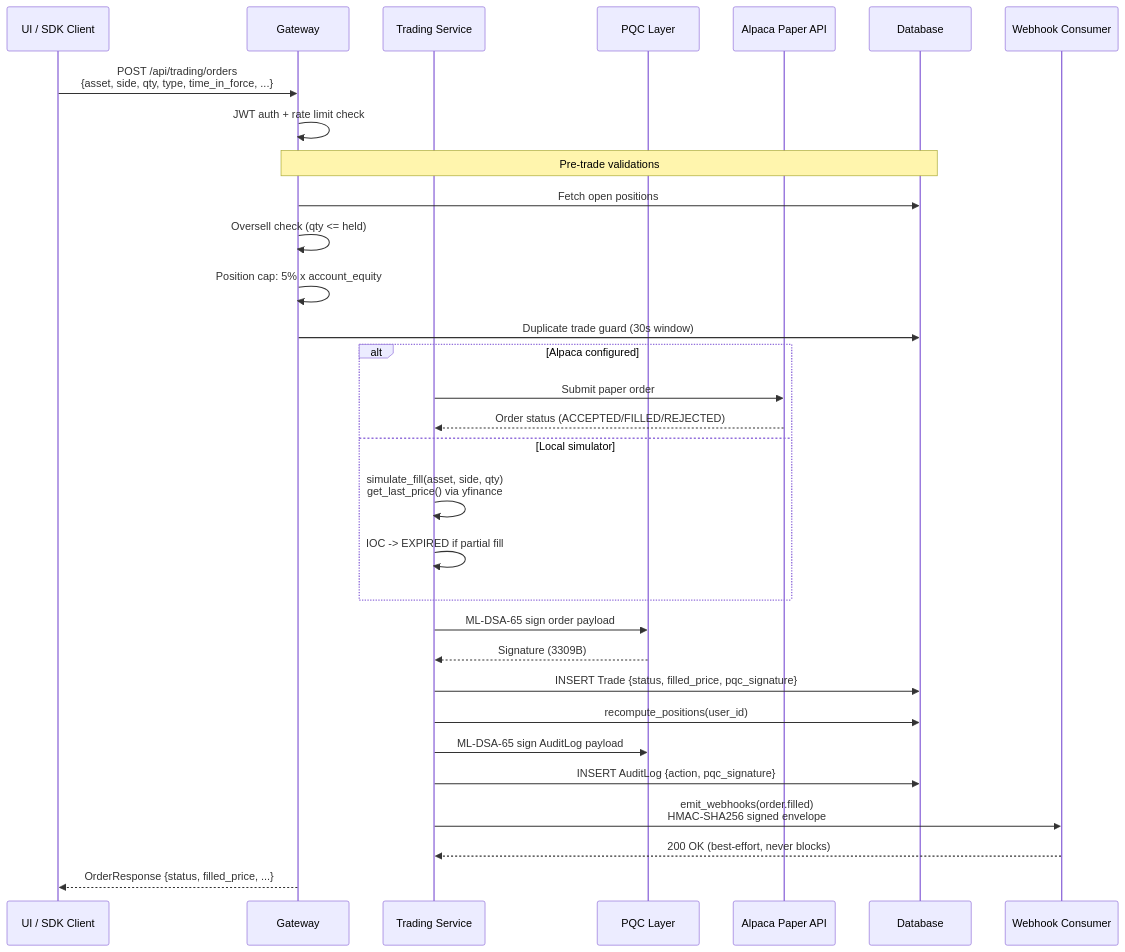
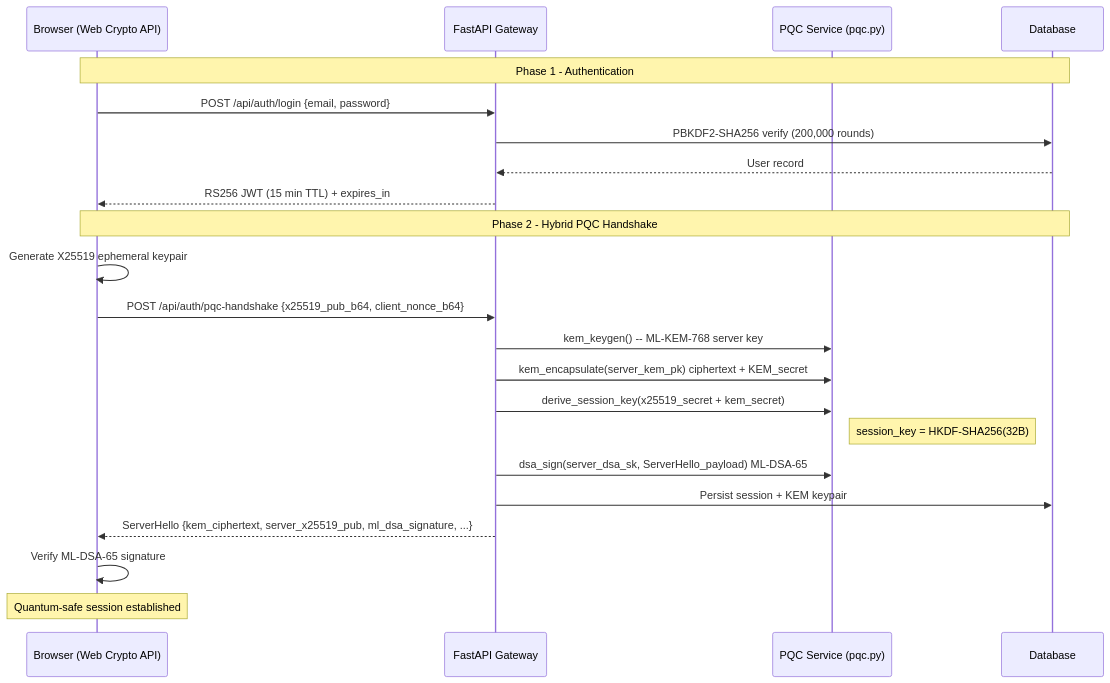
The third of 5 diagrams in README.md (BugHunterX2101/quantumsentinel-web), drawn with Mermaid before and after one commit. The commit also changed other lines of this file, not shown here.

````diff
--- a/README.md
+++ b/README.md
@@ -177,40 +188,26 @@
 ```mermaid
 sequenceDiagram
-    participant UI as UI / SDK Client
-    participant GW as Gateway
-    participant TS as Trading Service
-    participant PQC as PQC Layer
-    participant ALP as Alpaca Paper API
+    participant BR as Browser (Web Crypto API)
+    participant GW as FastAPI Gateway
+    participant PQC as PQC Service (pqc.py)
     participant DB as Database
-    participant WH as Webhook Consumer
 
-    UI->>GW: POST /api/trading/orders<br/>{asset, side, qty, type, time_in_force, ...}
-    GW->>GW: JWT auth + rate limit check
+    Note over BR,DB: Phase 1 - Authentication
+    BR->>GW: POST /api/auth/login {email, password}
+    GW->>DB: PBKDF2-SHA256 verify (200,000 rounds)
+    DB-->>GW: User record
+    GW-->>BR: RS256 JWT (15 min TTL) + expires_in
 
-    Note over GW,DB: Pre-trade validations
-    GW->>DB: Fetch open positions
-    GW->>GW: Oversell check (qty <= held)
-    GW->>GW: Position cap: 5% x account_equity
-    GW->>DB: Duplicate trade guard (30s window)
-
-    alt Alpaca configured
-        TS->>ALP: Submit paper order
-        ALP-->>TS: Order status (ACCEPTED/FILLED/REJECTED)
-    else Local simulator
-        TS->>TS: simulate_fill(asset, side, qty)<br/>get_last_price() via yfinance
-        TS->>TS: IOC -> EXPIRED if partial fill
-    end
-
-    TS->>PQC: ML-DSA-65 sign order payload
-    PQC-->>TS: Signature (3309B)
-
-    TS->>DB: INSERT Trade {status, filled_price, pqc_signature}
-    TS->>DB: recompute_positions(user_id)
-    TS->>PQC: ML-DSA-65 sign AuditLog payload
-    TS->>DB: INSERT AuditLog {action, pqc_signature}
-
-    TS->>WH: emit_webhooks(order.filled)<br/>HMAC-SHA256 signed envelope
-    WH-->>TS: 200 OK (best-effort, never blocks)
-
-    GW-->>UI: OrderResponse {status, filled_price, ...}
+    Note over BR,DB: Phase 2 - Hybrid PQC Handshake
+    BR->>BR: Generate X25519 ephemeral keypair
+    BR->>GW: POST /api/auth/pqc-handshake {x25519_pub_b64, client_nonce_b64}
+    GW->>PQC: kem_keygen() -- ML-KEM-768 server key
+    GW->>PQC: kem_encapsulate(server_kem_pk) ciphertext + KEM_secret
+    GW->>PQC: derive_session_key(x25519_secret + kem_secret)
+    Note right of PQC: session_key = HKDF-SHA256(32B)
+    GW->>PQC: dsa_sign(server_dsa_sk, ServerHello_payload) ML-DSA-65
+    GW->>DB: Persist session + KEM keypair
+    GW-->>BR: ServerHello {kem_ciphertext, server_x25519_pub, ml_dsa_signature, ...}
+    BR->>BR: Verify ML-DSA-65 signature
+    Note over BR: Quantum-safe session established
 ```
````
